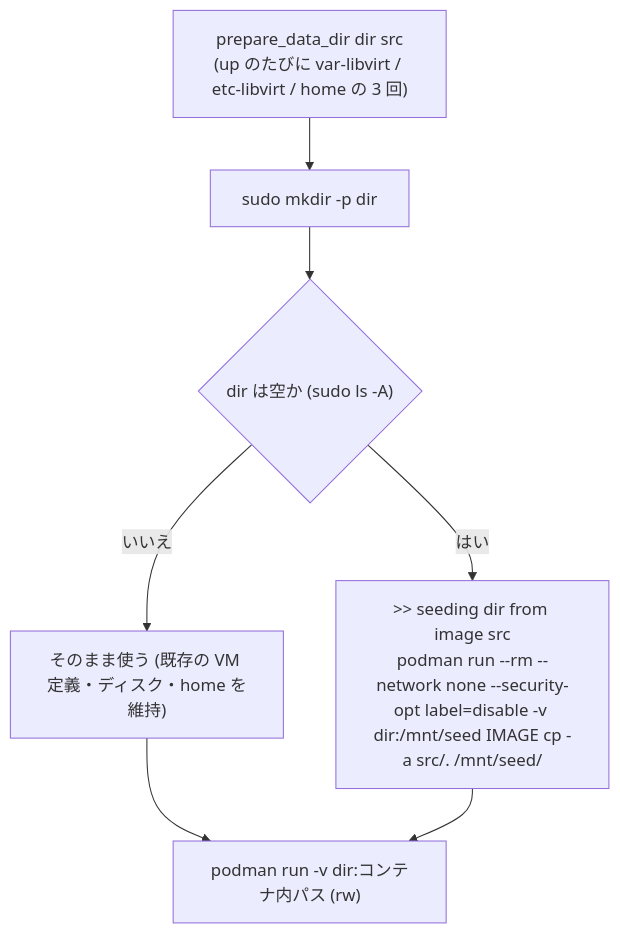
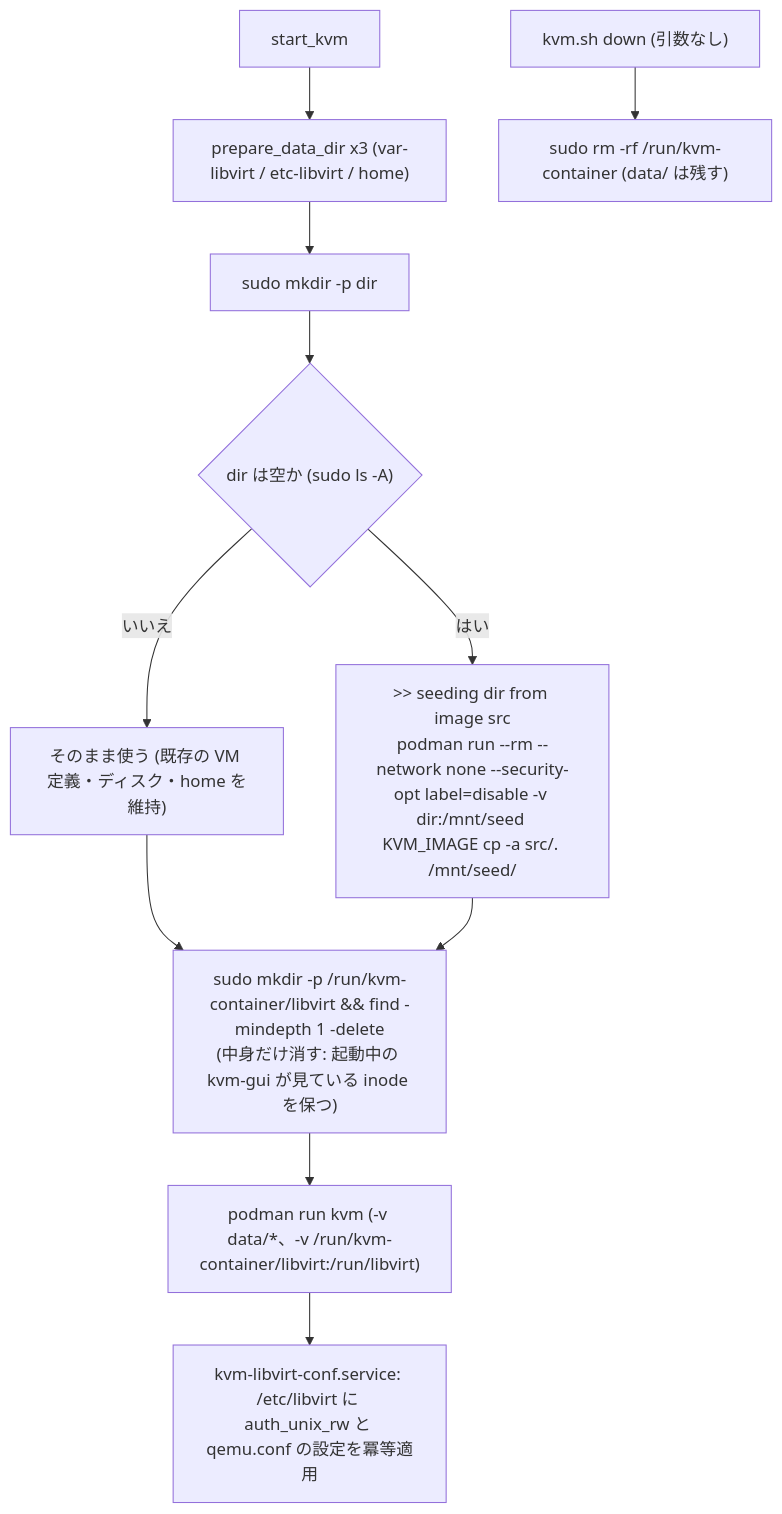
Before and after one commit to ryo-aoki-pc/kvm-container: diagram 12 of 22 in docs/SPEC.md, drawn with Mermaid. The commit also changed other lines of this file, not shown here.

First line of the commit message:
docs/SPEC.md を 2 コンテナ構成 (kvm + kvm-gui) に合わせて全面更新する

````diff
--- a/docs/SPEC.md
+++ b/docs/SPEC.md
@@ -521,9 +658,12 @@
 ```mermaid
 flowchart TD
-  s["prepare_data_dir dir src<br/>(up のたびに var-libvirt / etc-libvirt / home の 3 回)"] --> mk["sudo mkdir -p dir"]
-  mk --> empty{"dir は空か (sudo ls -A)"}
+  s["start_kvm"] --> pd["prepare_data_dir x3 (var-libvirt / etc-libvirt / home)"]
+  pd --> mk["sudo mkdir -p dir"] --> empty{"dir は空か (sudo ls -A)"}
   empty -->|"いいえ"| keep["そのまま使う (既存の VM 定義・ディスク・home を維持)"]
-  empty -->|"はい"| seed[">> seeding dir from image src<br/>podman run --rm --network none --security-opt label=disable -v dir:/mnt/seed IMAGE cp -a src/. /mnt/seed/"]
-  keep --> run["podman run -v dir:コンテナ内パス (rw)"]
-  seed --> run
+  empty -->|"はい"| seed[">> seeding dir from image src<br/>podman run --rm --network none --security-opt label=disable -v dir:/mnt/seed KVM_IMAGE cp -a src/. /mnt/seed/"]
+  keep --> rd
+  seed --> rd["sudo mkdir -p /run/kvm-container/libvirt && find -mindepth 1 -delete<br/>(中身だけ消す: 起動中の kvm-gui が見ている inode を保つ)"]
+  rd --> run["podman run kvm (-v data/*、-v /run/kvm-container/libvirt:/run/libvirt)"]
+  run --> conf["kvm-libvirt-conf.service: /etc/libvirt に auth_unix_rw と qemu.conf の設定を冪等適用"]
+  down["kvm.sh down (引数なし)"] --> rm["sudo rm -rf /run/kvm-container (data/ は残す)"]
 ```
````
